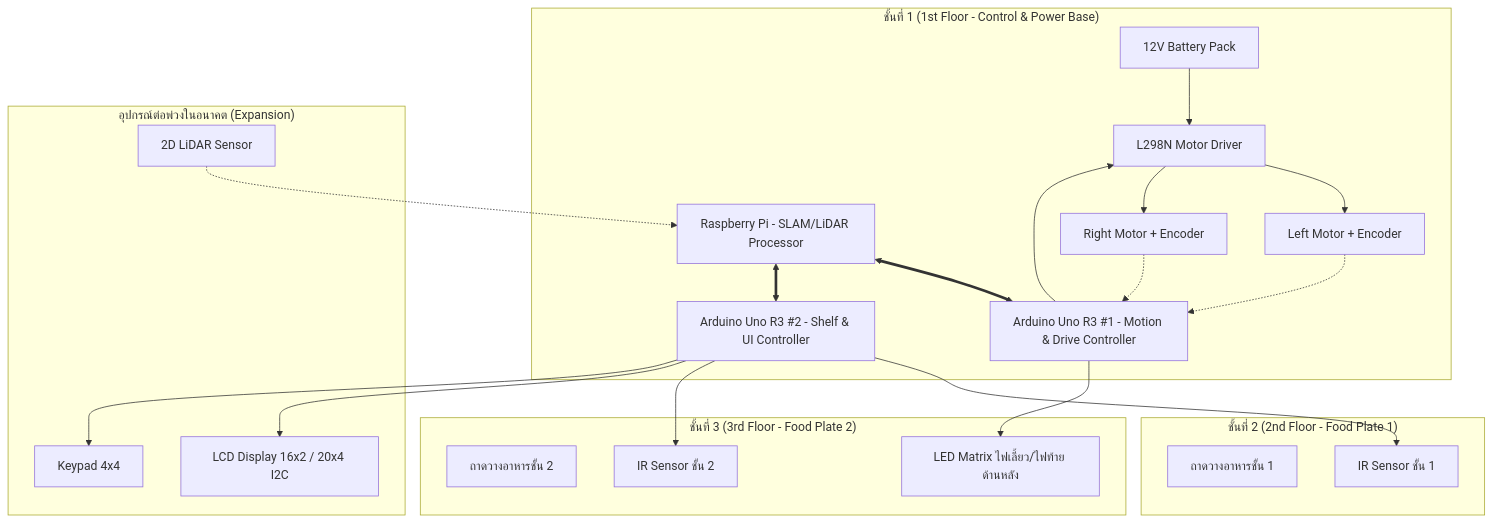
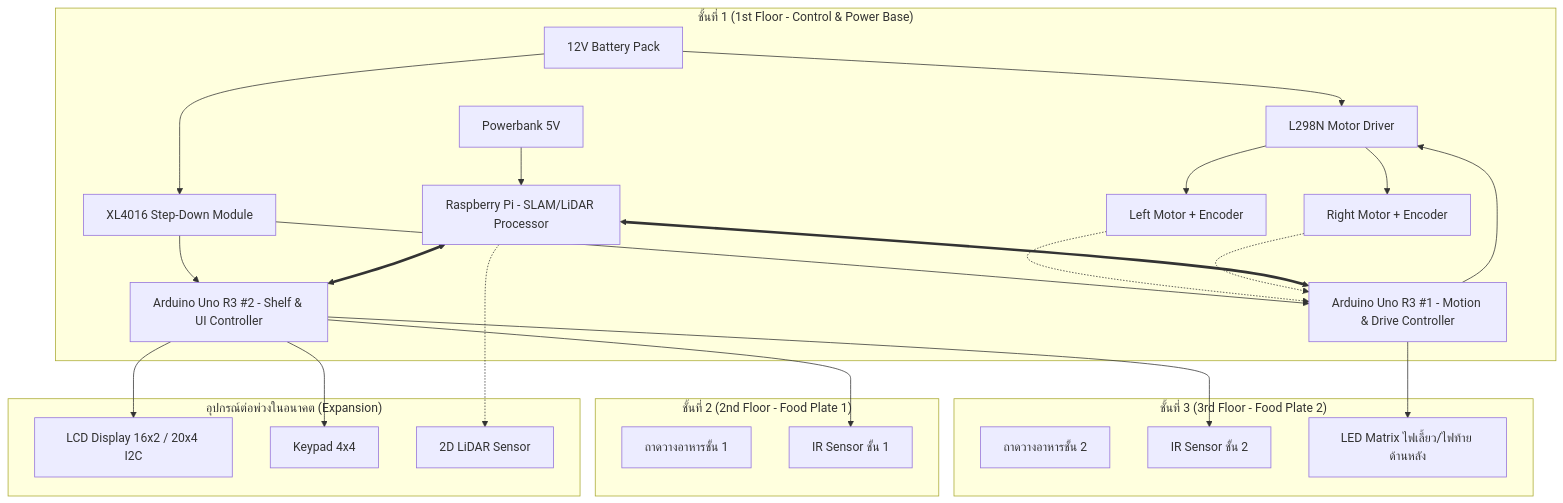
One commit to AungpaoK/EmbeddedProj changed the diagram in docs/design.md. Above: the diagram before and after it, drawn with Mermaid. The commit also changed other lines of this file and 4 other files, not shown here.

````diff
--- a/docs/design.md
+++ b/docs/design.md
@@ -43,46 +43,52 @@
 ```mermaid
 graph TD
     subgraph Floor3["ชั้นที่ 3 (3rd Floor - Food Plate 2)"]
         FP2[ถาดวางอาหารชั้น 2]
         IR2[IR Sensor ชั้น 2]
         LEDM[LED Matrix ไฟเลี้ยว/ไฟท้าย ด้านหลัง]
     end
 
     subgraph Floor2["ชั้นที่ 2 (2nd Floor - Food Plate 1)"]
         FP1[ถาดวางอาหารชั้น 1]
         IR1[IR Sensor ชั้น 1]
     end
 
     subgraph Floor1["ชั้นที่ 1 (1st Floor - Control & Power Base)"]
         BAT[12V Battery Pack]
+        PB[Powerbank 5V]
+        XL[XL4016 Step-Down Module]
         L298[L298N Motor Driver]
         RPI[Raspberry Pi - SLAM/LiDAR Processor]
         UNO1[Arduino Uno R3 #1 - Motion & Drive Controller]
         UNO2[Arduino Uno R3 #2 - Shelf & UI Controller]
         MOT_L[Left Motor + Encoder]
         MOT_R[Right Motor + Encoder]
     end
 
     subgraph Peripherals["อุปกรณ์ต่อพ่วงในอนาคต (Expansion)"]
         LCD[LCD Display 16x2 / 20x4 I2C]
         KEYPAD[Keypad 4x4]
         LIDAR[2D LiDAR Sensor]
     end
 
+    PB --> RPI
     BAT --> L298
+    BAT --> XL
+    XL --> UNO1
+    XL --> UNO2
     L298 --> MOT_L
     L298 --> MOT_R
     UNO1 --> L298
     MOT_L -.-> UNO1
     MOT_R -.-> UNO1
     UNO1 --> LEDM
 
     UNO2 --> IR1
     UNO2 --> IR2
     UNO2 --> LCD
     UNO2 --> KEYPAD
 
-    LIDAR -.-> RPI
+    RPI -.-> LIDAR
     RPI <==> UNO1
     RPI <==> UNO2
 ```
````
